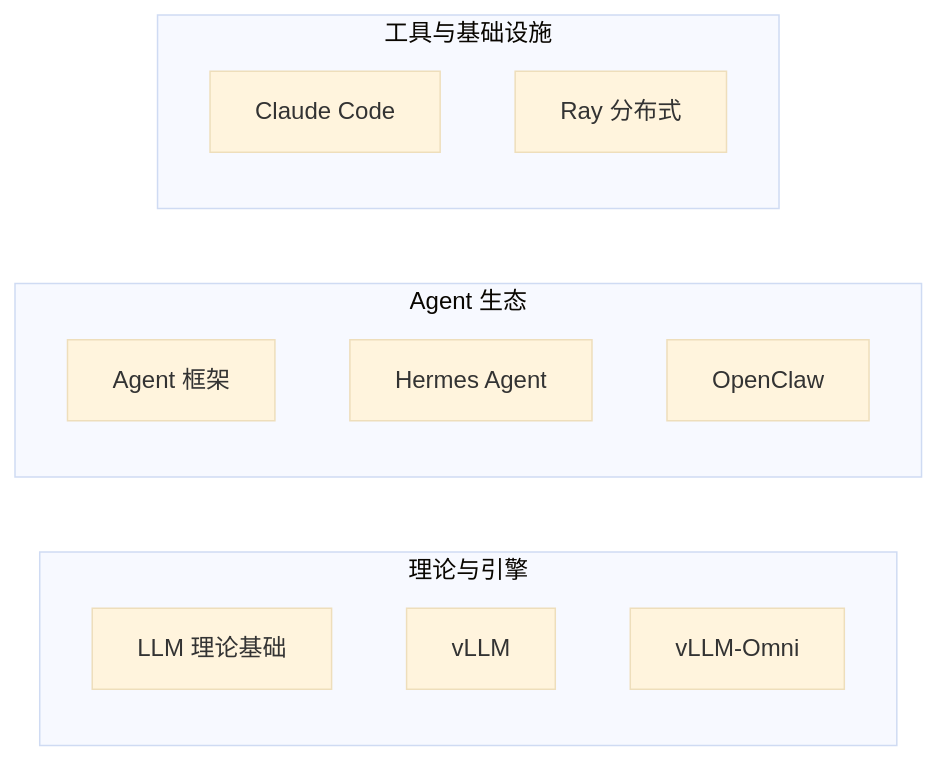
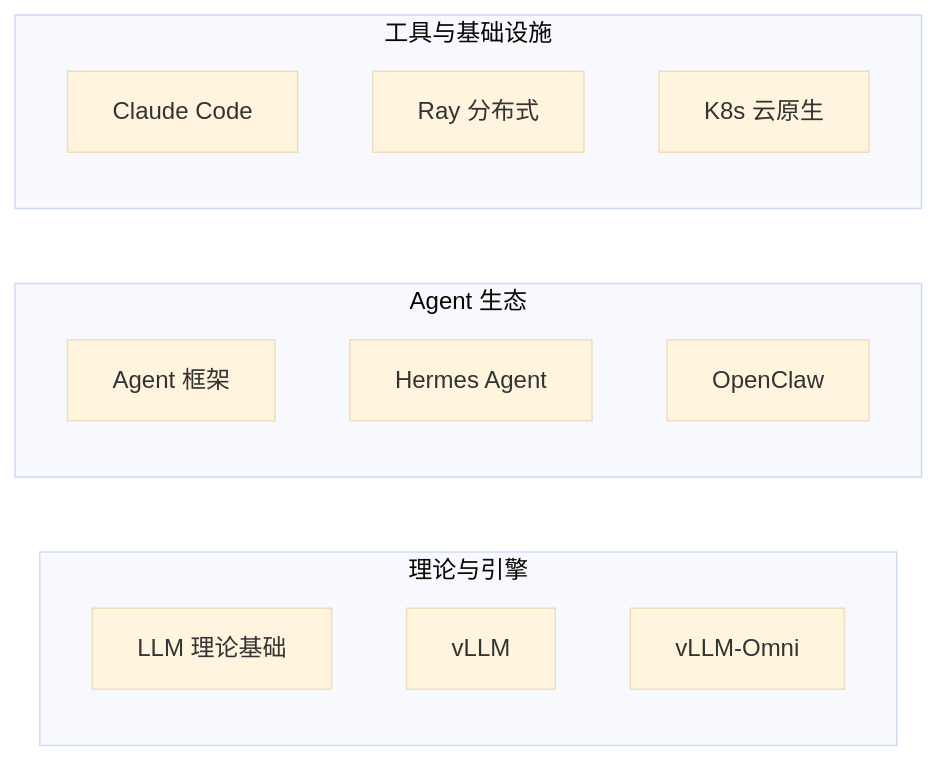
The first of 2 diagrams in README.md (keyuanweb/ai-learning-path), drawn with Mermaid (base theme) before and after one commit. The commit also changed other lines of this file and 28 other files, not shown here.

````diff
--- a/README.md
+++ b/README.md
@@ -7,20 +7,21 @@
 ```mermaid
 flowchart LR
   subgraph theory [理论与引擎]
     direction TB
     p1[LLM 理论基础]
     p2[vLLM]
     p3[vLLM-Omni]
   end
   subgraph agentEco [Agent 生态]
     direction TB
     p4[Agent 框架]
     p5[Hermes Agent]
     p6[OpenClaw]
   end
   subgraph tooling [工具与基础设施]
     direction TB
     p7[Claude Code]
     p8[Ray 分布式]
+    p9[K8s 云原生]
   end
 ```
````
